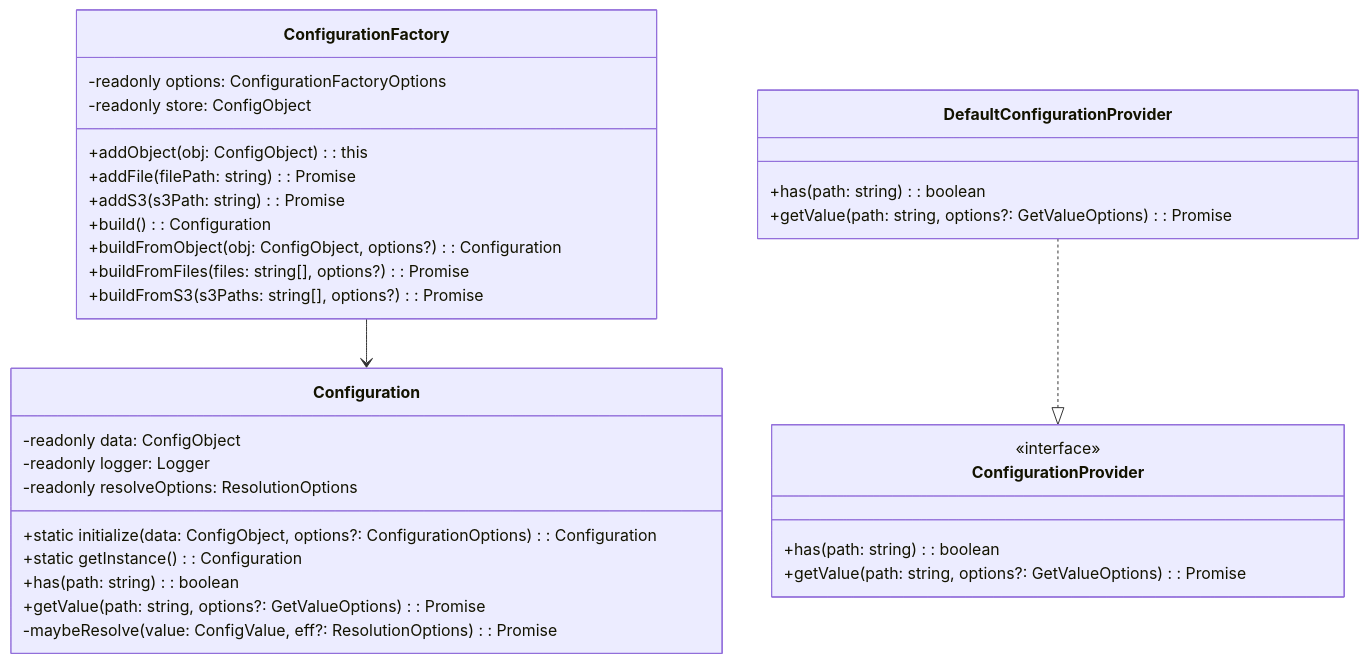
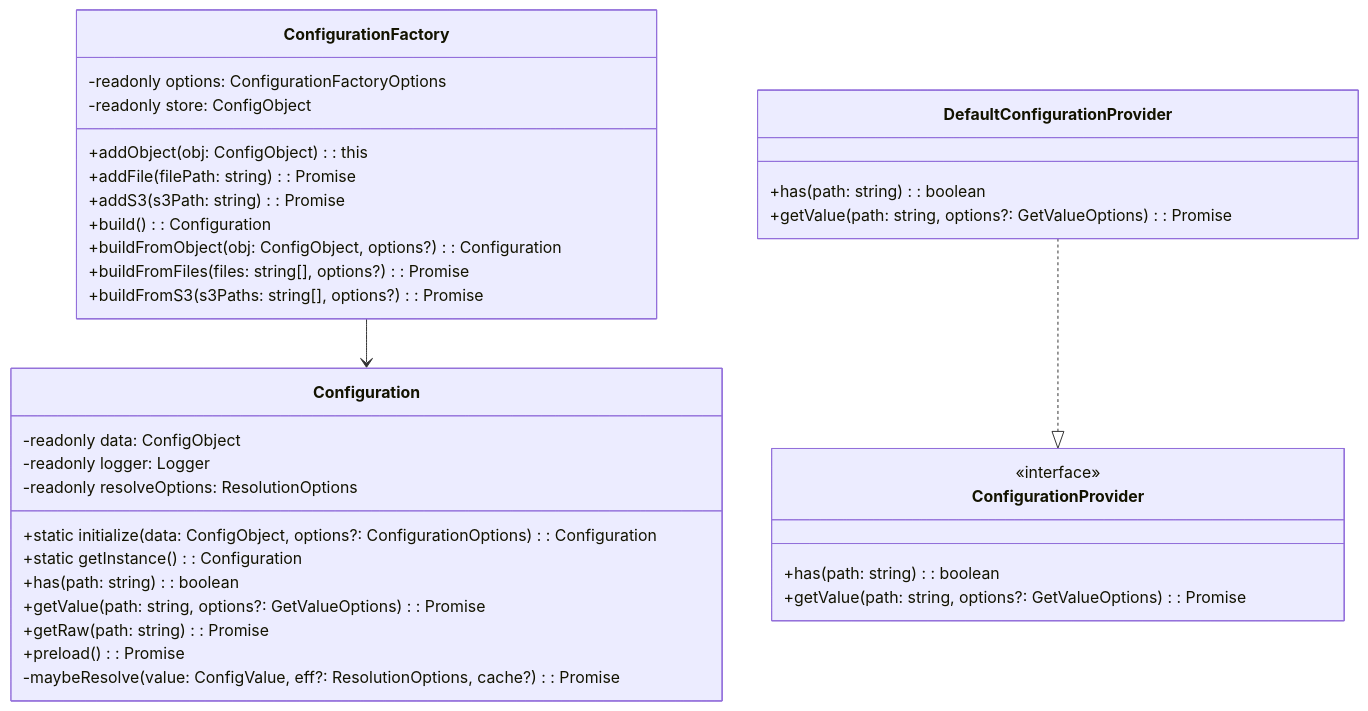
The first of 3 diagrams in packages/config/README.md (fabianopinto/ts-common), drawn with Mermaid before and after one commit. The commit also changed other lines of this file, not shown here.

Commit message:
feat: add getRaw() helper and preload() with per-call ref memoization

````diff
--- a/packages/config/README.md
+++ b/packages/config/README.md
@@ -219,39 +243,41 @@
 ```mermaid
 classDiagram
   class Configuration {
     -readonly data: ConfigObject
     -readonly logger: Logger
     -readonly resolveOptions: ResolutionOptions
     +static initialize(data: ConfigObject, options?: ConfigurationOptions): Configuration
     +static getInstance(): Configuration
     +has(path: string): boolean
     +getValue(path: string, options?: GetValueOptions): Promise<unknown | undefined>
-    -maybeResolve(value: ConfigValue, eff?: ResolutionOptions): Promise<ConfigValue>
+    +getRaw(path: string): Promise<unknown | undefined>
+    +preload(): Promise<void>
+    -maybeResolve(value: ConfigValue, eff?: ResolutionOptions, cache?): Promise<ConfigValue>
   }
 
   class ConfigurationFactory {
     -readonly options: ConfigurationFactoryOptions
     -readonly store: ConfigObject
     +addObject(obj: ConfigObject): this
     +addFile(filePath: string): Promise<this>
     +addS3(s3Path: string): Promise<this>
     +build(): Configuration
     +buildFromObject(obj: ConfigObject, options?): Configuration
     +buildFromFiles(files: string[], options?): Promise<Configuration>
     +buildFromS3(s3Paths: string[], options?): Promise<Configuration>
   }
 
   class ConfigurationProvider {
     <<interface>>
     +has(path: string): boolean
     +getValue(path: string, options?: GetValueOptions): Promise<unknown | undefined>
   }
 
   class DefaultConfigurationProvider {
     +has(path: string): boolean
     +getValue(path: string, options?: GetValueOptions): Promise<unknown | undefined>
   }
 
   ConfigurationFactory --> Configuration
   DefaultConfigurationProvider ..|> ConfigurationProvider
 ```
````
